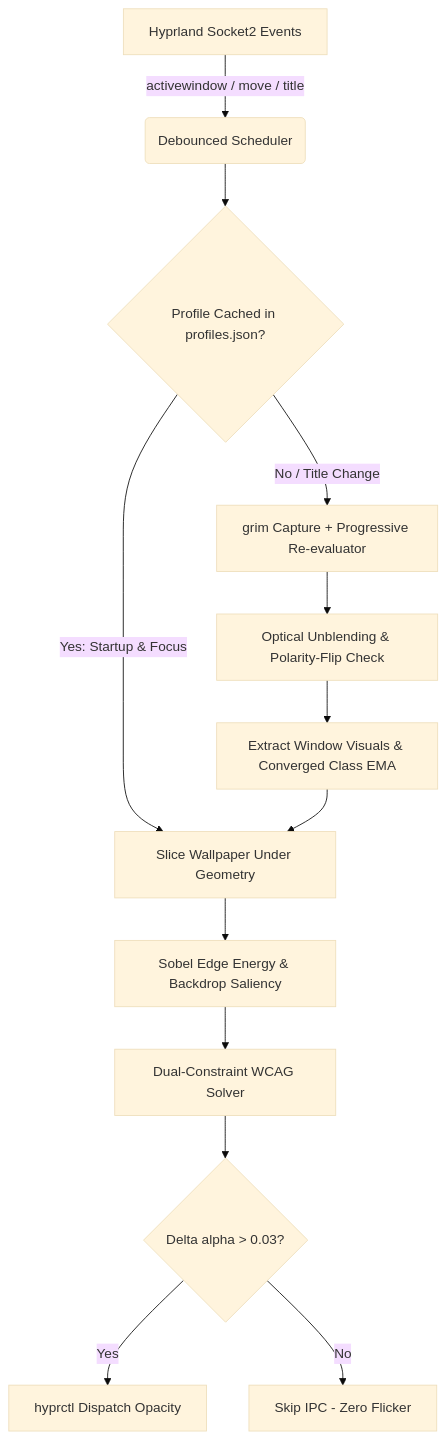
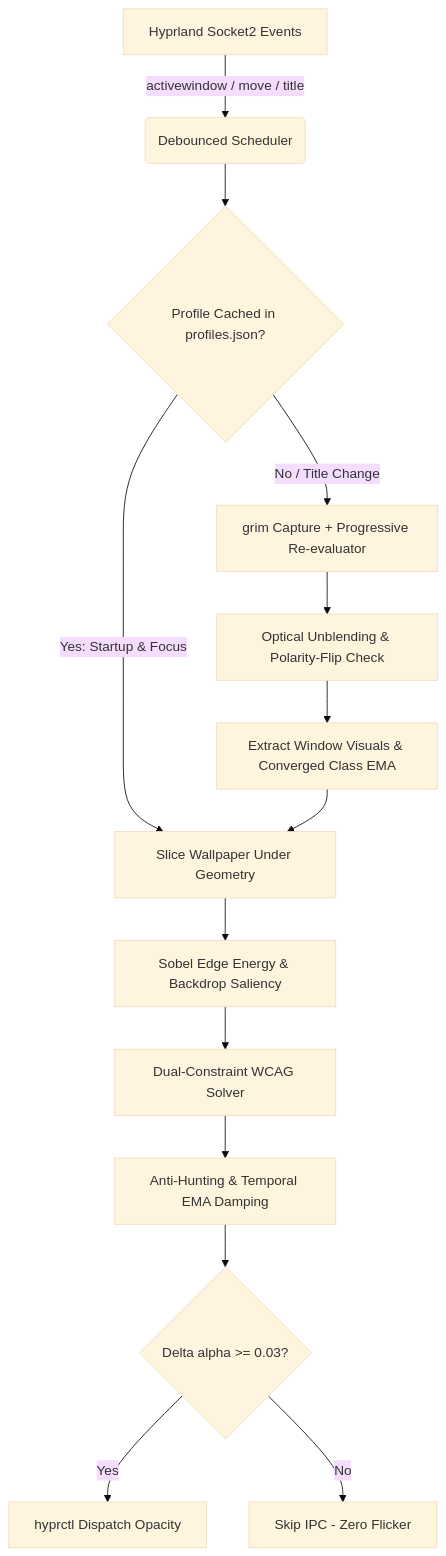
Before and after one commit to ctlinker/hyprsmart: the diagram in README.md, drawn with Mermaid (base theme). The commit also changed other lines of this file and 3 other files, not shown here.

````diff
--- a/README.md
+++ b/README.md
@@ -43,15 +45,16 @@
 ```mermaid
 graph TD
     A[Hyprland Socket2 Events] -->|activewindow / move / title| B(Debounced Scheduler)
     B --> C{Profile Cached in profiles.json?}
     C -->|Yes: Startup & Focus| D[Slice Wallpaper Under Geometry]
     C -->|No / Title Change| E[grim Capture + Progressive Re-evaluator]
     E --> F[Optical Unblending & Polarity-Flip Check]
     F --> G[Extract Window Visuals & Converged Class EMA]
     G --> D
     D --> H[Sobel Edge Energy & Backdrop Saliency]
     H --> I[Dual-Constraint WCAG Solver]
-    I --> J{Delta alpha > 0.03?}
-    J -->|Yes| K[hyprctl Dispatch Opacity]
-    J -->|No| L[Skip IPC - Zero Flicker]
+    I --> J[Anti-Hunting & Temporal EMA Damping]
+    J --> K{Delta alpha >= 0.03?}
+    K -->|Yes| L[hyprctl Dispatch Opacity]
+    K -->|No| M[Skip IPC - Zero Flicker]
 ```
````
